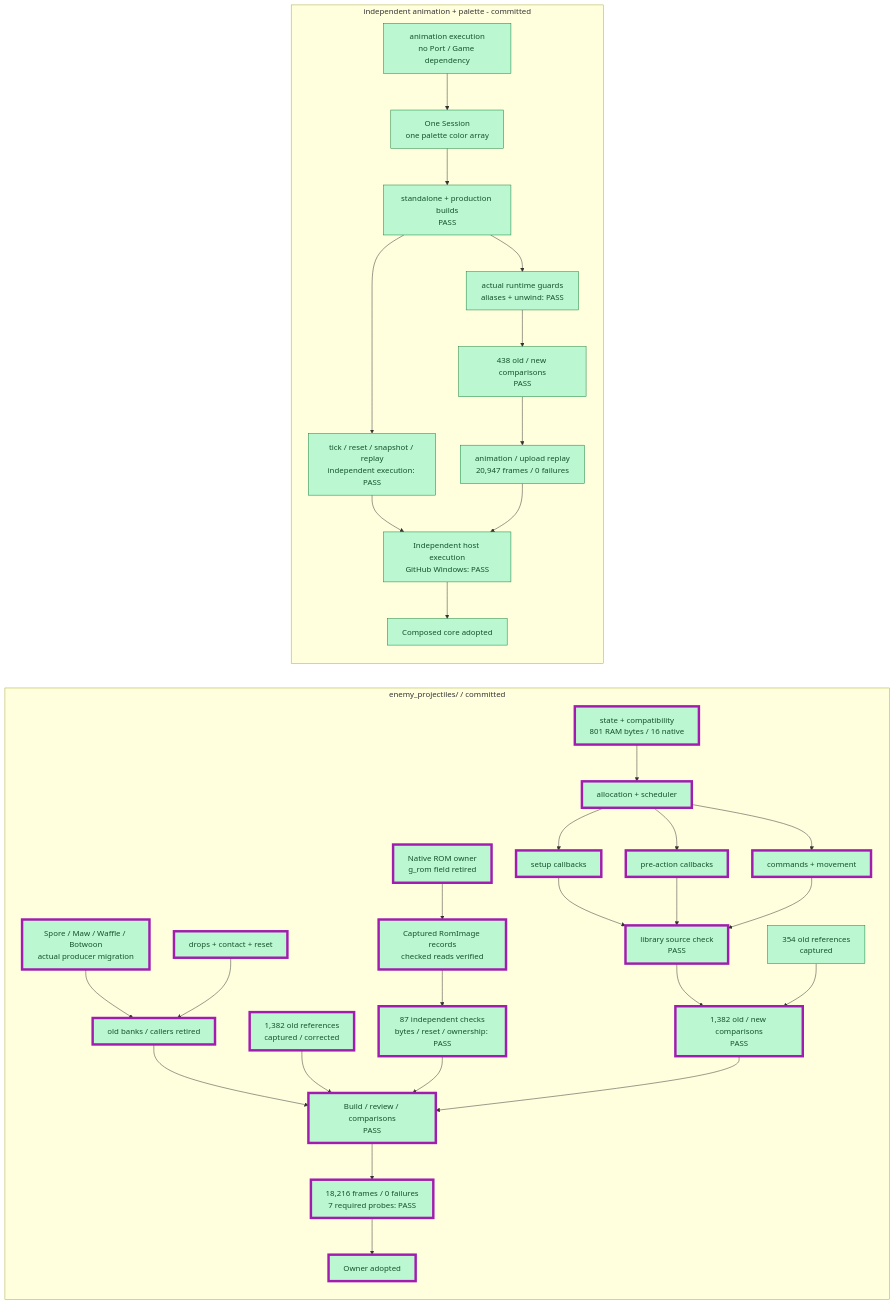
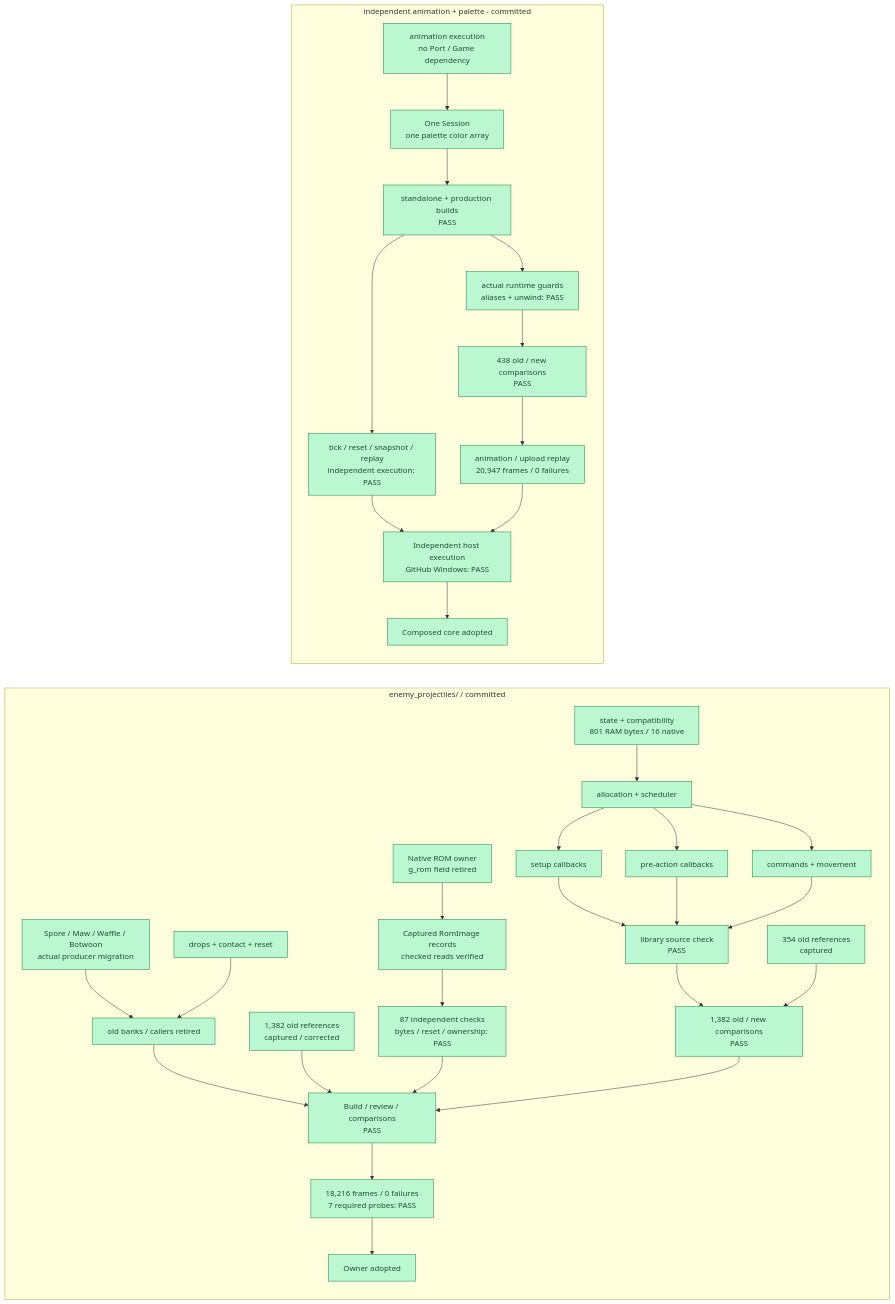
The third of 4 diagrams in PROGRESS.md (JimLundin/sm-decomp), drawn with Mermaid before and after one commit. The commit also changed other lines of this file and 1 other file, not shown here.

````diff
--- a/PROGRESS.md
+++ b/PROGRESS.md
@@ -80,43 +80,42 @@
 ```mermaid
 flowchart LR
     subgraph enemy["enemy_projectiles/ / committed"]
         direction TB
         ES["state + compatibility<br/>801 RAM bytes / 16 native"]:::done --> EL["allocation + scheduler"]:::done
         EL --> SETUP["setup callbacks"]:::done
         EL --> PRE["pre-action callbacks"]:::done
         EL --> CMD["commands + movement"]:::done
         SETUP --> EC["library source check<br/>PASS"]:::done
         PRE --> EC
         CMD --> EC
         ATT["Spore / Maw / Waffle / Botwoon<br/>actual producer migration"]:::done --> CALL["old banks / callers retired"]:::done
         DROP["drops + contact + reset"]:::done --> CALL
         CALL --> FULL["Build / review / comparisons<br/>PASS"]:::done
         EC --> CORE["1,382 old / new comparisons<br/>PASS"]:::done
         OLD["354 old references<br/>captured"]:::done --> CORE
         MORE["1,382 old references<br/>captured / corrected"]:::done --> FULL
         ROM["Native ROM owner<br/>g_rom field retired"]:::done --> RECORD["Captured RomImage records<br/>checked reads verified"]:::done
         RECORD --> QUAL["87 independent checks<br/>bytes / reset / ownership: PASS"]:::done
         QUAL --> FULL
         CORE --> FULL
         FULL --> EMOVIE["18,216 frames / 0 failures<br/>7 required probes: PASS"]:::done
         EMOVIE --> ECOMMIT["Owner adopted"]:::done
     end
     subgraph composition["independent animation + palette - committed"]
         direction TB
         HOST["animation execution<br/>no Port / Game dependency"]:::done --> ONE["One Session<br/>one palette color array"]:::done
         ONE --> BUILD["standalone + production builds<br/>PASS"]:::done
         BUILD --> GUARD["actual runtime guards<br/>aliases + unwind: PASS"]:::done
         GUARD --> REF["438 old / new comparisons<br/>PASS"]:::done
         REF --> MOVIE["animation / upload replay<br/>20,947 frames / 0 failures"]:::done
         BUILD --> REPLAY["tick / reset / snapshot / replay<br/>independent execution: PASS"]:::done
         REPLAY --> CI["Independent host execution<br/>GitHub Windows: PASS"]:::done
         MOVIE --> CI
         CI --> CCOMMIT["Composed core adopted"]:::done
     end
     classDef done fill:#bbf7d0,stroke:#15803d,color:#14532d
     classDef checked fill:#bfdbfe,stroke:#2563eb,color:#1e3a8a
     classDef active fill:#fed7aa,stroke:#ea580c,color:#7c2d12
     classDef pending fill:#f1f5f9,stroke:#94a3b8,color:#475569,stroke-dasharray:5 5
     classDef changed stroke:#a21caf,stroke-width:5px
-    class ES,EL,SETUP,PRE,CMD,EC,ATT,DROP,CALL,CORE,MORE,ROM,RECORD,QUAL,FULL,EMOVIE,ECOMMIT changed
 ```
````
